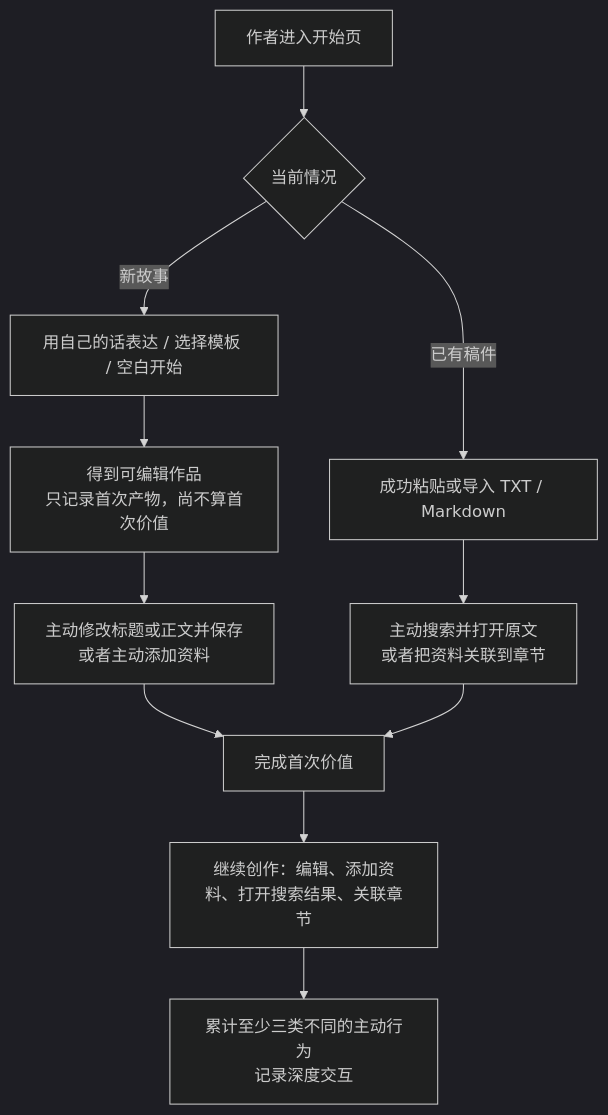
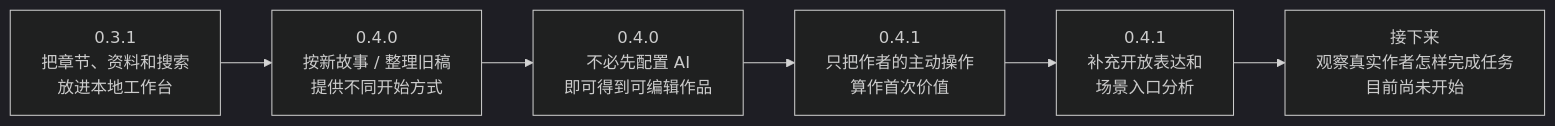
One commit to fv6zp84ngy-hue/novel-workspace changed the second of 2 diagrams in README.md. Above: the diagram before and after it, drawn with Mermaid (dark theme). The commit also changed other lines of this file, not shown here.

````diff
--- a/README.md
+++ b/README.md
@@ -48,13 +51,9 @@
-```mermaid
-flowchart TD
-    A["作者进入开始页"] --> B{"当前情况"}
-    B -->|新故事| C["用自己的话表达 / 选择模板 / 空白开始"]
-    C --> D["得到可编辑作品<br/>只记录首次产物，尚不算首次价值"]
-    D --> E["主动修改标题或正文并保存<br/>或者主动添加资料"]
-    B -->|已有稿件| F["成功粘贴或导入 TXT / Markdown"]
-    F --> G["主动搜索并打开原文<br/>或者把资料关联到章节"]
-    E --> H["完成首次价值"]
-    G --> H
-    H --> I["继续创作：编辑、添加资料、打开搜索结果、关联章节"]
-    I --> J["累计至少三类不同的主动行为<br/>记录深度交互"]
-```
+~~~mermaid
+flowchart LR
+    A["0.3.1<br/>把章节、资料和搜索<br/>放进本地工作台"] -->
+    B["0.4.0<br/>按新故事 / 整理旧稿<br/>提供不同开始方式"] -->
+    C["0.4.0<br/>不必先配置 AI<br/>即可得到可编辑作品"] -->
+    D["0.4.1<br/>只把作者的主动操作<br/>算作首次价值"] -->
+    E["0.4.1<br/>补充开放表达和<br/>场景入口分析"] -->
+    F["接下来<br/>观察真实作者怎样完成任务<br/>目前尚未开始"]
+~~~
````
